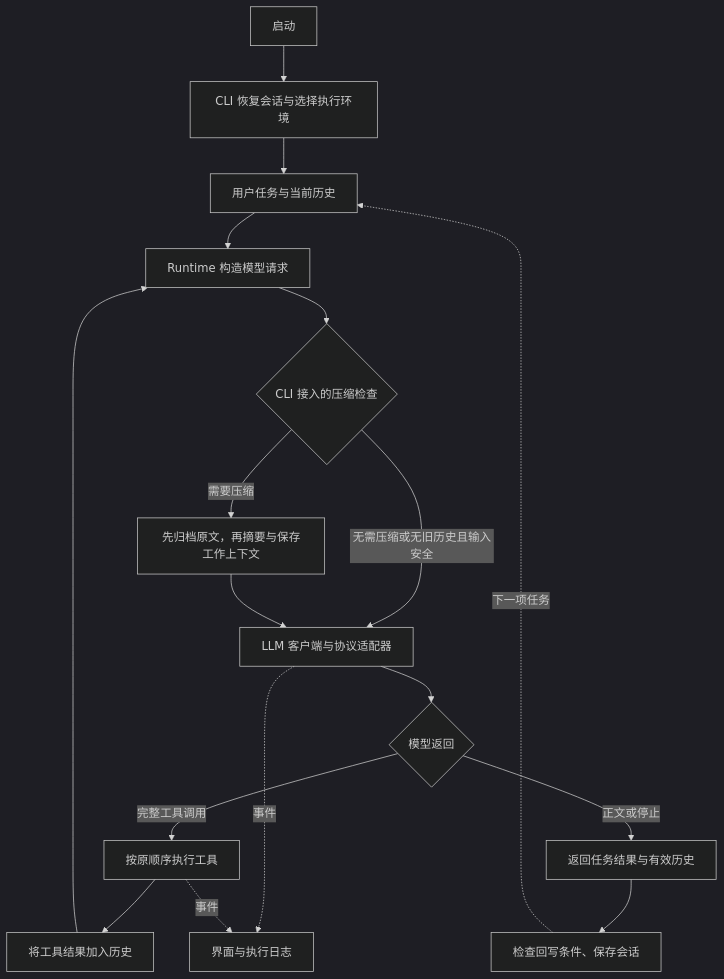
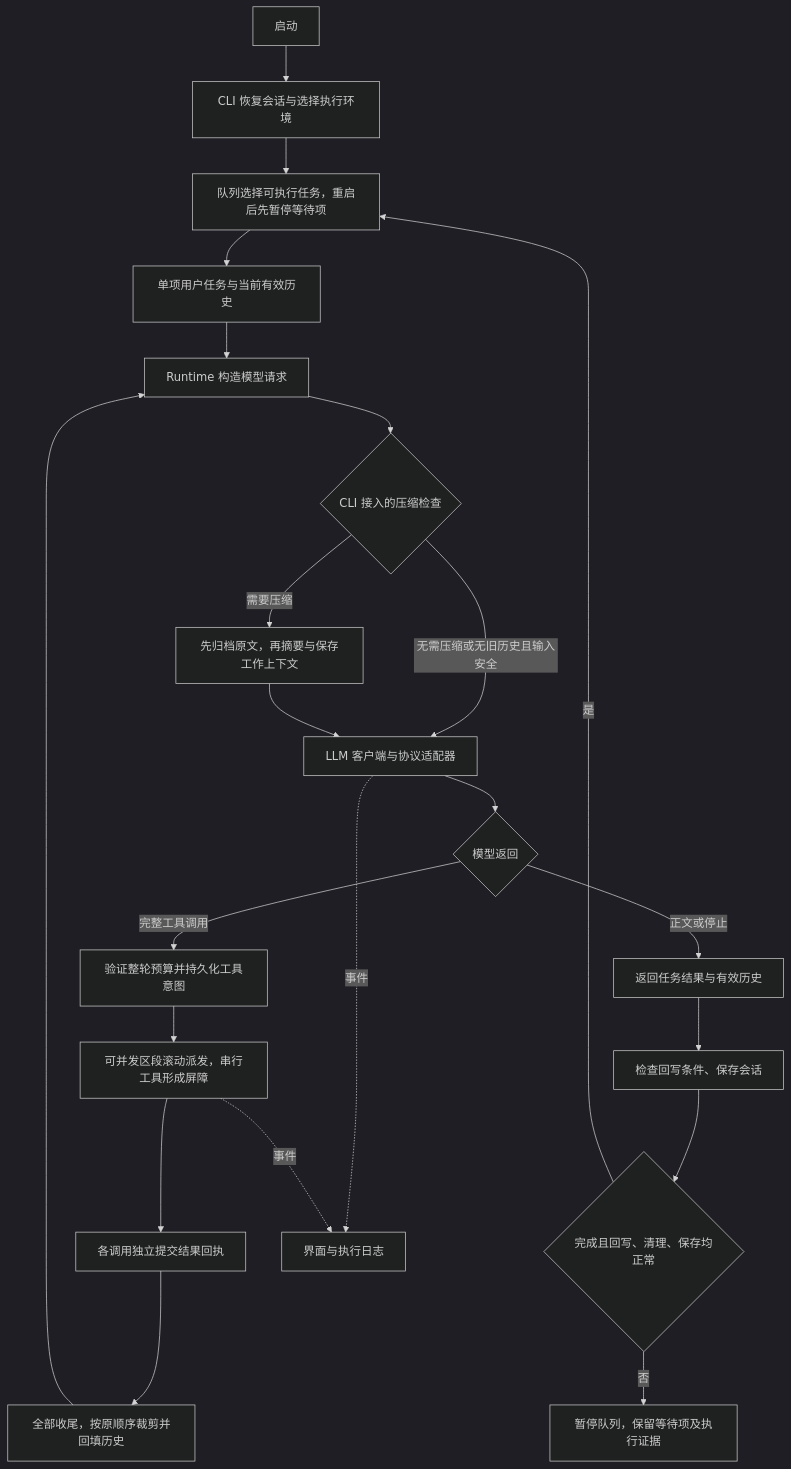
Before and after one commit to Lizhong-Jin/repo_agent: the diagram in Project_Architecture.md, drawn with Mermaid (dark theme). The commit also changed other lines of this file and 47 other files, not shown here.

````diff
--- a/Project_Architecture.md
+++ b/Project_Architecture.md
@@ -46,19 +48,24 @@
 ```mermaid
 flowchart TD
     A[启动] --> B[CLI 恢复会话与选择执行环境]
-    B --> R[用户任务与当前历史]
+    B --> Q[队列选择可执行任务，重启后先暂停等待项]
+    Q --> R[单项用户任务与当前有效历史]
     R --> C[Runtime 构造模型请求]
     C --> K{CLI 接入的压缩检查}
     K -->|需要压缩| L[先归档原文，再摘要与保存工作上下文]
     K -->|无需压缩或无旧历史且输入安全| D[LLM 客户端与协议适配器]
     L --> D
     D --> E{模型返回}
-    E -->|完整工具调用| F[按原顺序执行工具]
-    F --> G[将工具结果加入历史]
+    E -->|完整工具调用| P[验证整轮预算并持久化工具意图]
+    P --> F[可并发区段滚动派发，串行工具形成屏障]
+    F --> W[各调用独立提交结果回执]
+    W --> G[全部收尾，按原顺序裁剪并回填历史]
     G --> C
     E -->|正文或停止| H[返回任务结果与有效历史]
     H --> I[检查回写条件、保存会话]
-    I -.下一项任务.-> R
+    I --> N{完成且回写、清理、保存均正常}
+    N -->|是| Q
+    N -->|否| S[暂停队列，保留等待项及执行证据]
     D -.事件.-> J[界面与执行日志]
     F -.事件.-> J
 ```
````
